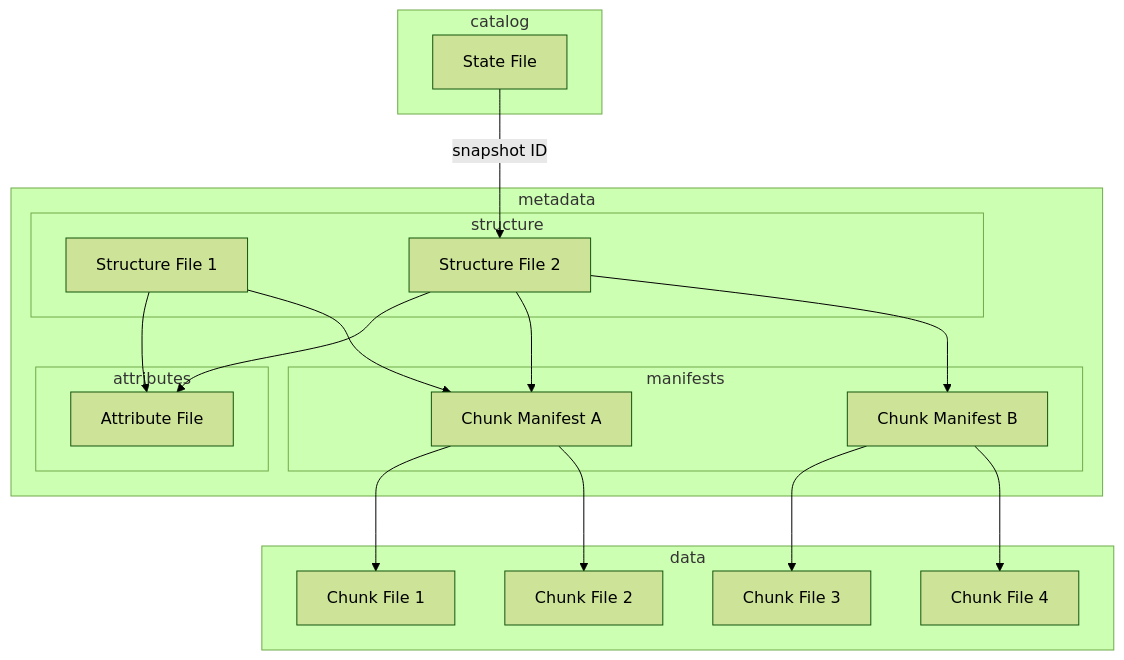
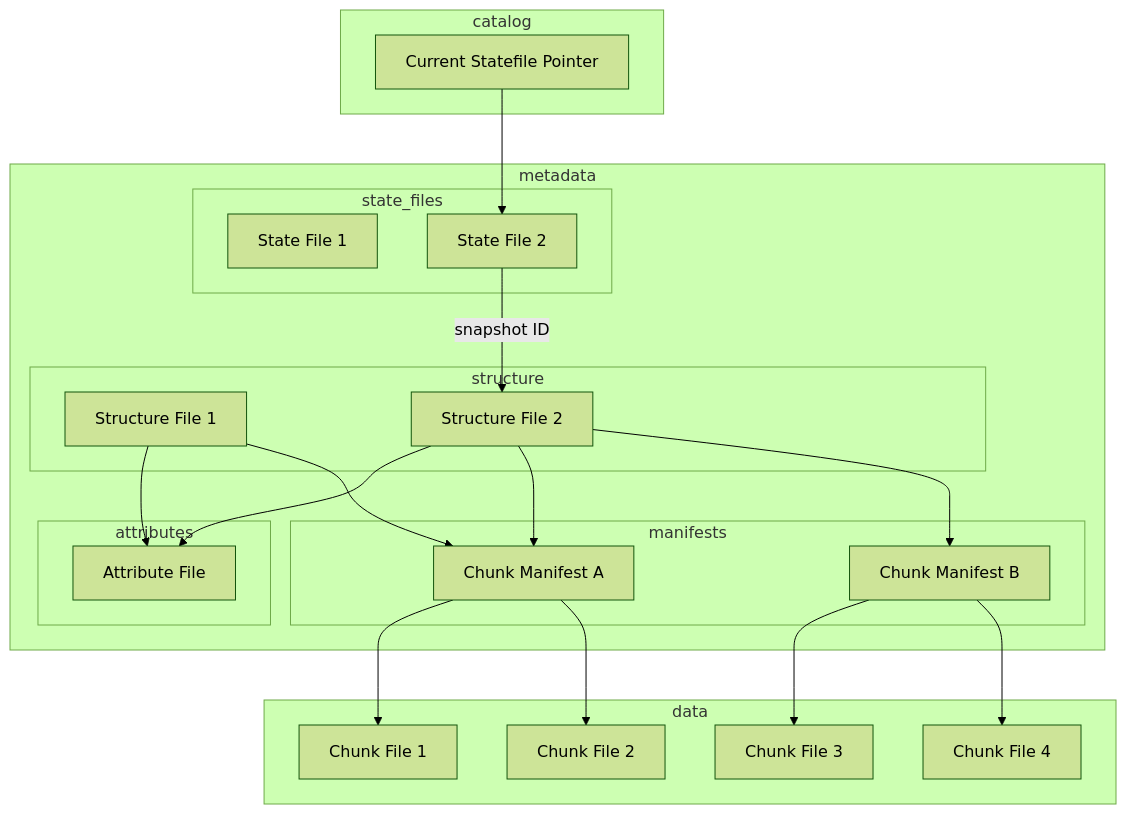
Before and after one commit to earth-mover/icechunk: the diagram in spec/icechunk_spec.md, drawn with Mermaid (forest theme). The commit also changed other lines of this file, not shown here.

````diff
--- a/spec/icechunk_spec.md
+++ b/spec/icechunk_spec.md
@@ -56,37 +65,42 @@
 ```mermaid
 flowchart TD
     subgraph catalog
-    state[State File]
+    cat_pointer[Current Statefile Pointer]
     end
     subgraph metadata
+    subgraph state_files
+    old_state[State File 1]
+    state[State File 2]
+    end
     subgraph structure
     structure1[Structure File 1]
     structure2[Structure File 2]
     end
     subgraph attributes
     attrs[Attribute File]
     end
     subgraph manifests
     manifestA[Chunk Manifest A]
     manifestB[Chunk Manifest B]
     end
     end
     subgraph data
     chunk1[Chunk File 1]
     chunk2[Chunk File 2]
     chunk3[Chunk File 3]
     chunk4[Chunk File 4]
     end
     
+    cat_pointer --> state
     state -- snapshot ID --> structure2
     structure1 --> attrs
     structure1 --> manifestA
     structure2 --> attrs
     structure2 -->manifestA
     structure2 -->manifestB
     manifestA --> chunk1
     manifestA --> chunk2
     manifestB --> chunk3
     manifestB --> chunk4
     
 ```
````
